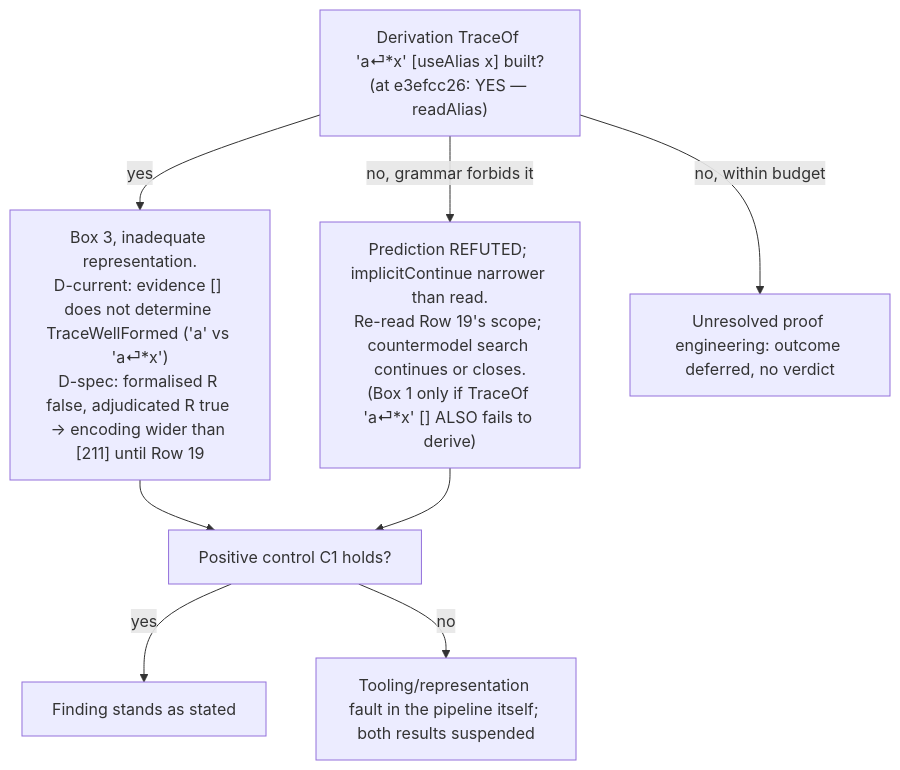
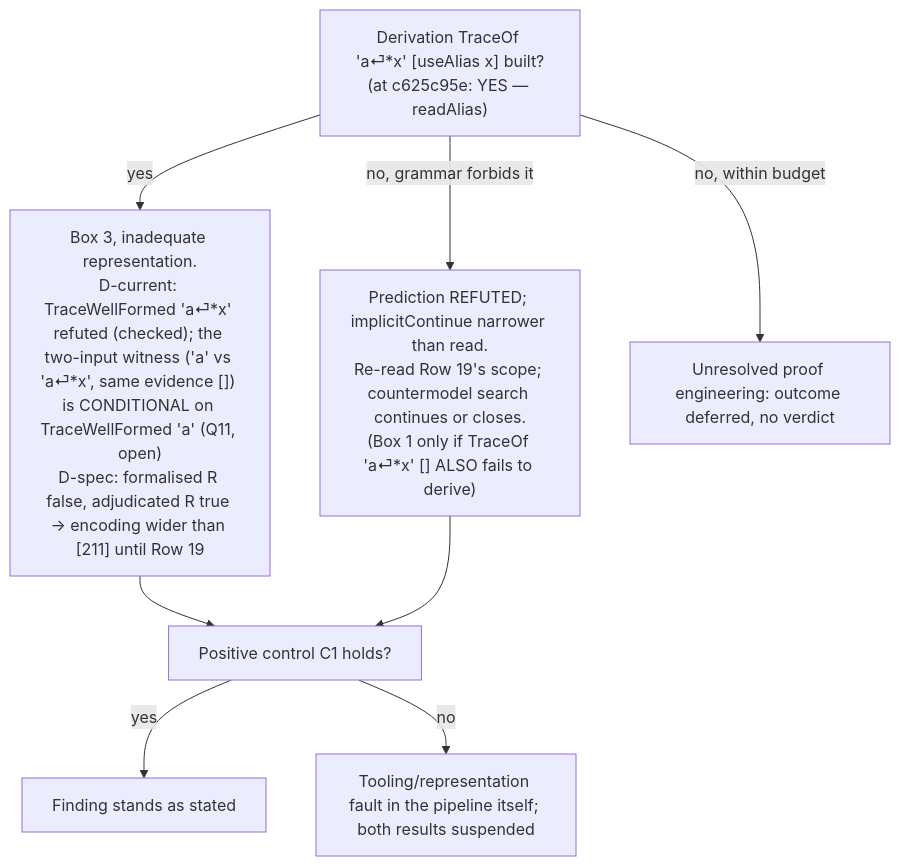
Before and after one commit to nasa-jpl/L4YAML: the second of 2 diagrams in EXPERIMENT.md, drawn with Mermaid. The commit also changed other lines of this file, not shown here.

Commit message:
docs(experiment): re-pin to c625c95e (problem branch fast-forwarded; Q10 decided, prediction HELD on replay); §7 D-current verdict conditional on TraceWellFormed "a" (Q11) (Devin Review)

````diff
--- a/EXPERIMENT.md
+++ b/EXPERIMENT.md
@@ -575,11 +575,11 @@
 ```mermaid
 flowchart TD
-  A["Derivation TraceOf 'a⏎*x' [useAlias x] built?\n(at e3efcc26: YES — readAlias)"]
-  A -- "yes" --> B["Box 3, inadequate representation.\nD-current: evidence [] does not determine TraceWellFormed ('a' vs 'a⏎*x')\nD-spec: formalised R false, adjudicated R true → encoding wider than [211] until Row 19"]
+  A["Derivation TraceOf 'a⏎*x' [useAlias x] built?\n(at c625c95e: YES — readAlias)"]
+  A -- "yes" --> B["Box 3, inadequate representation.\nD-current: TraceWellFormed 'a⏎*x' refuted (checked); the two-input witness ('a' vs 'a⏎*x', same evidence []) is CONDITIONAL on TraceWellFormed 'a' (Q11, open)\nD-spec: formalised R false, adjudicated R true → encoding wider than [211] until Row 19"]
   A -- "no, grammar forbids it" --> C["Prediction REFUTED; implicitContinue narrower than read.\nRe-read Row 19's scope; countermodel search continues or closes.\n(Box 1 only if TraceOf 'a⏎*x' [] ALSO fails to derive)"]
   A -- "no, within budget" --> D["Unresolved proof engineering: outcome deferred, no verdict"]
   B --> E["Positive control C1 holds?"]
   C --> E
   E -- "yes" --> F["Finding stands as stated"]
   E -- "no" --> G["Tooling/representation fault in the pipeline itself; both results suspended"]
 ```
````
